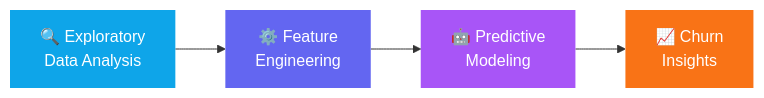
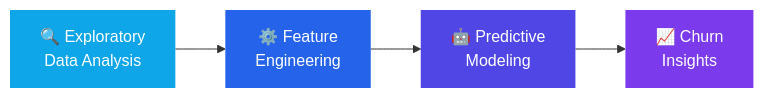
Before and after one commit to paraskosambe-web/paraskosambe-web: the second of 4 diagrams in README.md, drawn with Mermaid. The commit also changed other lines of this file, not shown here.

````diff
--- a/README.md
+++ b/README.md
@@ -194,8 +198,8 @@
 ```mermaid
 flowchart LR
     A["🔍 Exploratory<br/>Data Analysis"] --> B["⚙️ Feature<br/>Engineering"] --> C["🤖 Predictive<br/>Modeling"] --> D["📈 Churn<br/>Insights"]
     style A fill:#0ea5e9,stroke:none,color:#fff
-    style B fill:#6366f1,stroke:none,color:#fff
-    style C fill:#a855f7,stroke:none,color:#fff
-    style D fill:#f97316,stroke:none,color:#fff
+    style B fill:#2563eb,stroke:none,color:#fff
+    style C fill:#4f46e5,stroke:none,color:#fff
+    style D fill:#7c3aed,stroke:none,color:#fff
 ```
````
